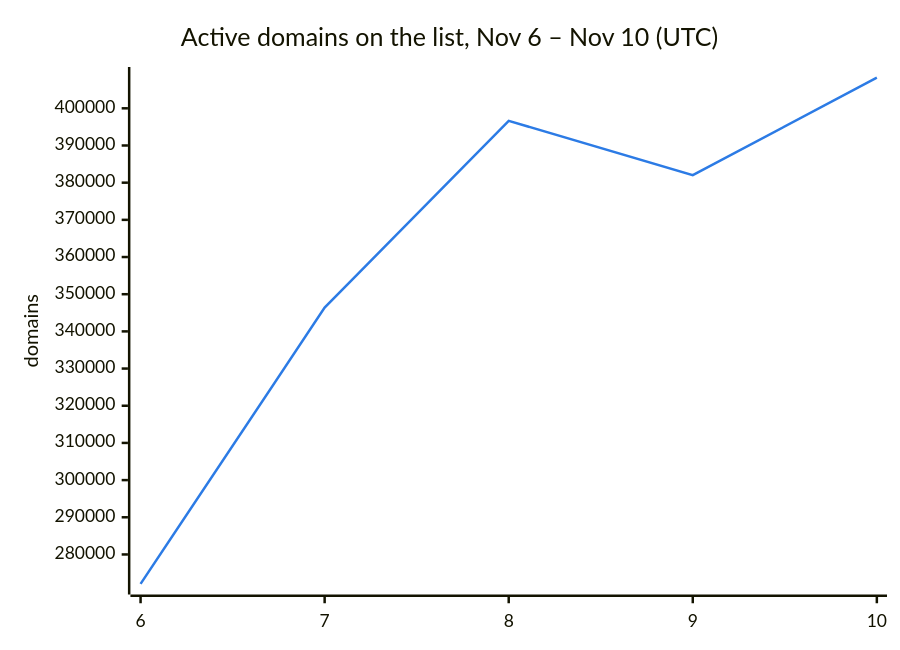
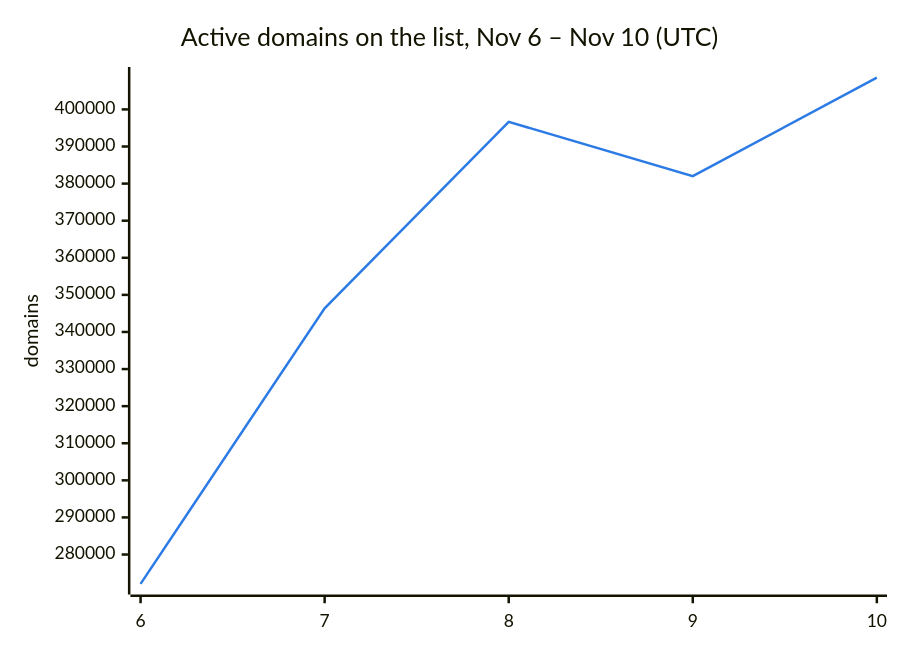
The second of 3 diagrams in README.md (DNSBunker/CTI), drawn with Mermaid before and after one commit. The commit also changed other lines of this file and 3 other files, not shown here.

````diff
--- a/README.md
+++ b/README.md
@@ -38,8 +38,8 @@
 ```mermaid
 %%{init: {"themeVariables": {"xyChart": {"plotColorPalette": "#2c7be5"}}}}%%
 xychart-beta
     title "Active domains on the list, Nov 6 – Nov 10 (UTC)"
     x-axis ["6", "7", "8", "9", "10"]
     y-axis "domains"
-    line [272088, 346388, 396638, 382009, 408254]
+    line [272088, 346388, 396638, 382009, 408570]
 ```
````
